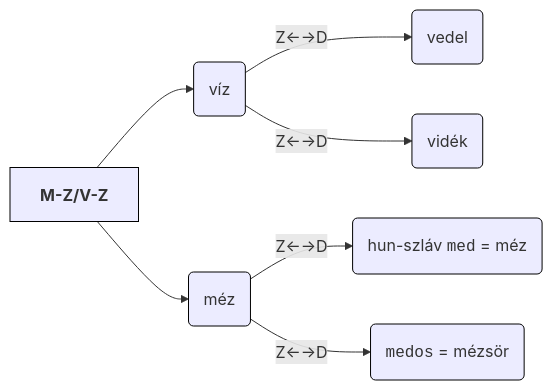
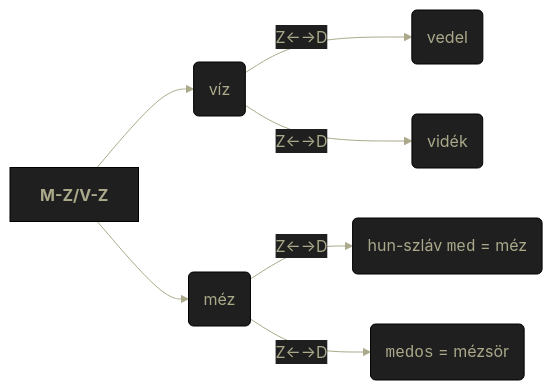
Before and after one commit to zanodor/TUDDASSTTARR: the diagram in src/site/notes/B/Balk.md, drawn with Mermaid. The commit also changed 1 other file, not shown here.

````diff
--- a/src/site/notes/B/Balk.md
+++ b/src/site/notes/B/Balk.md
@@ -30,20 +31,32 @@
 ```mermaid
-
+%%{
+  init: {
+    'theme': 'base',
+    'themeVariables': {
+      'primaryColor': '#1f1f1f',
+      'primaryTextColor': '#aba98a',
+      'primaryBorderColor': '#000000',
+      'lineColor': '#aba98a',
+      'secondaryColor': '#1f1f1f',
+      'tertiaryColor': '#fff'
+    }
+  }
+}%%
 
 flowchart LR
 
 	head[<b>M-Z/V-Z</b>]
 	lvl2_a("víz")
 	lvl2_b("méz")
 	lvl3_a("vedel")
 	lvl3_b("vidék")
 	lvl3_c("hun-szláv <code>med</code> = méz")
 	lvl3_d("<code>medos</code> = mézsör")
 
 	head --> lvl2_a & lvl2_b
 	lvl2_a -- "Z←→D" -->  lvl3_a & lvl3_b
 	lvl2_b -- "Z←→D" -->  lvl3_c & lvl3_d
 
 	classDef fillStyle stroke:#000000,stroke-width:1px,stroke-dasharray: 0;
 	class head,lvl2_a,lvl2_b,lvl3_a,lvl3_b,lvl3_c,lvl3_d fillStyle;
 ```
````
